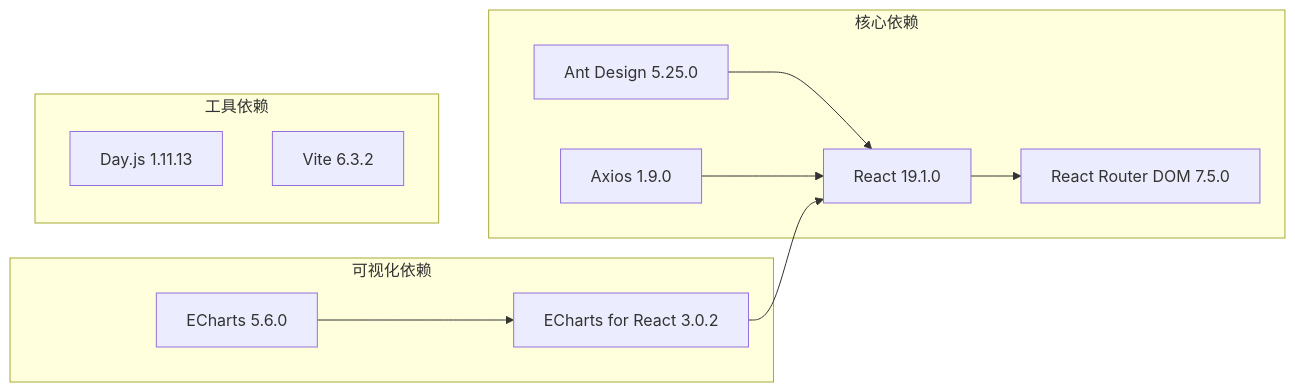
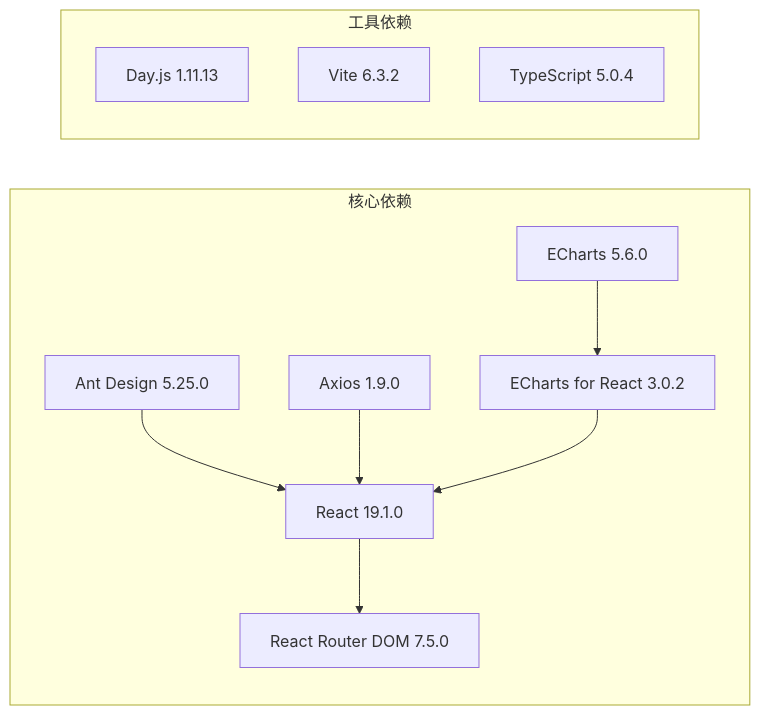
Diagram 12 of 13 in .qoder/repowiki/zh/content/前端组件/布局组件.md (Moruime/stock_foker), drawn with Mermaid before and after one commit. The commit also changed other lines of this file and 22 other files, not shown here.

````diff
--- a/.qoder/repowiki/zh/content/前端组件/布局组件.md
+++ b/.qoder/repowiki/zh/content/前端组件/布局组件.md
@@ -343,22 +465,21 @@
 ```mermaid
 graph LR
 subgraph "核心依赖"
 A[React 19.1.0]
 B[Ant Design 5.25.0]
 C[React Router DOM 7.5.0]
 D[Axios 1.9.0]
-end
-subgraph "可视化依赖"
 E[ECharts 5.6.0]
 F[ECharts for React 3.0.2]
 end
 subgraph "工具依赖"
 G[Day.js 1.11.13]
 H[Vite 6.3.2]
+I[TypeScript 5.0.4]
 end
 A --> C
 B --> A
 D --> A
 E --> F
 F --> A
 ```
````
